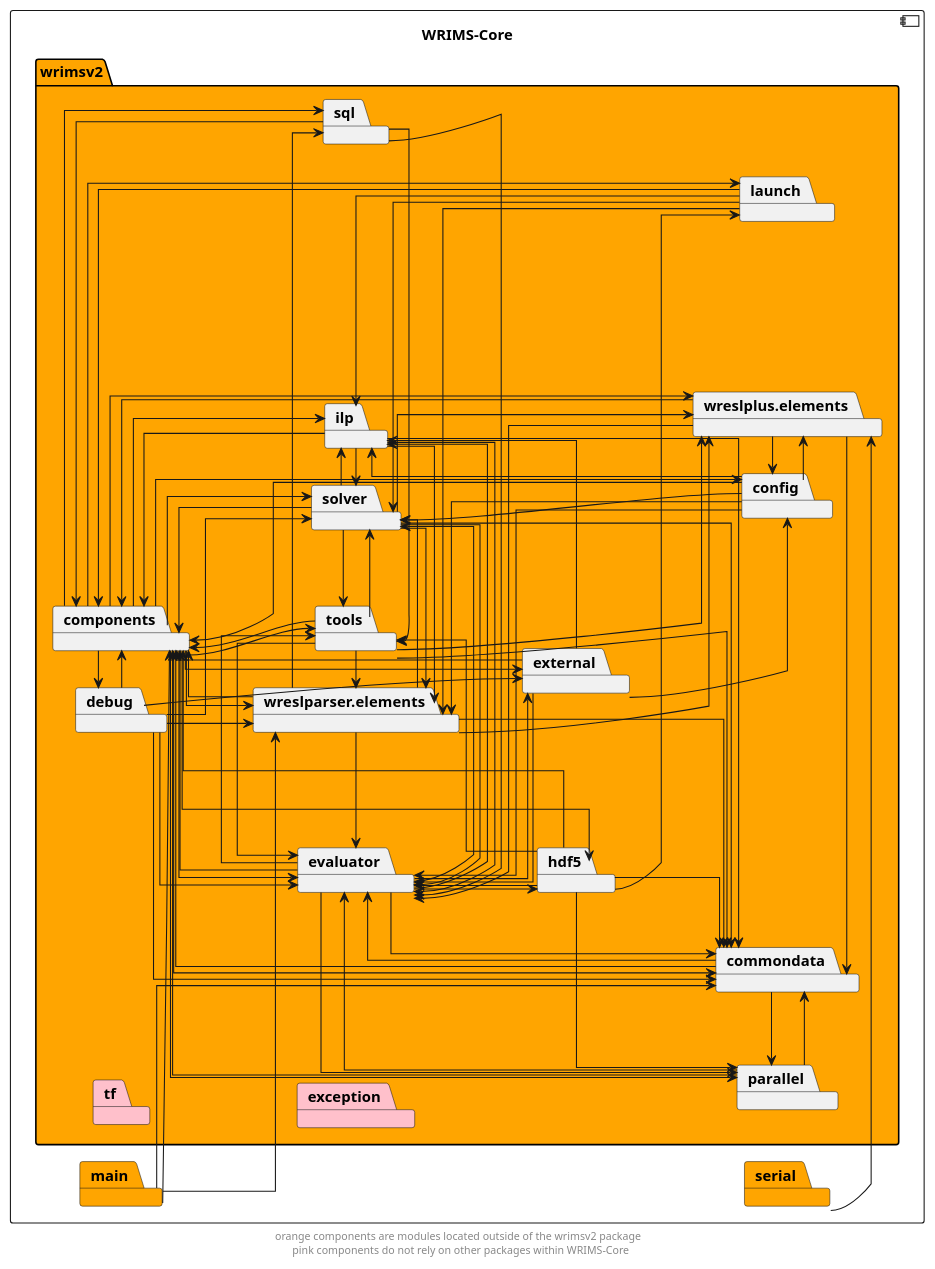
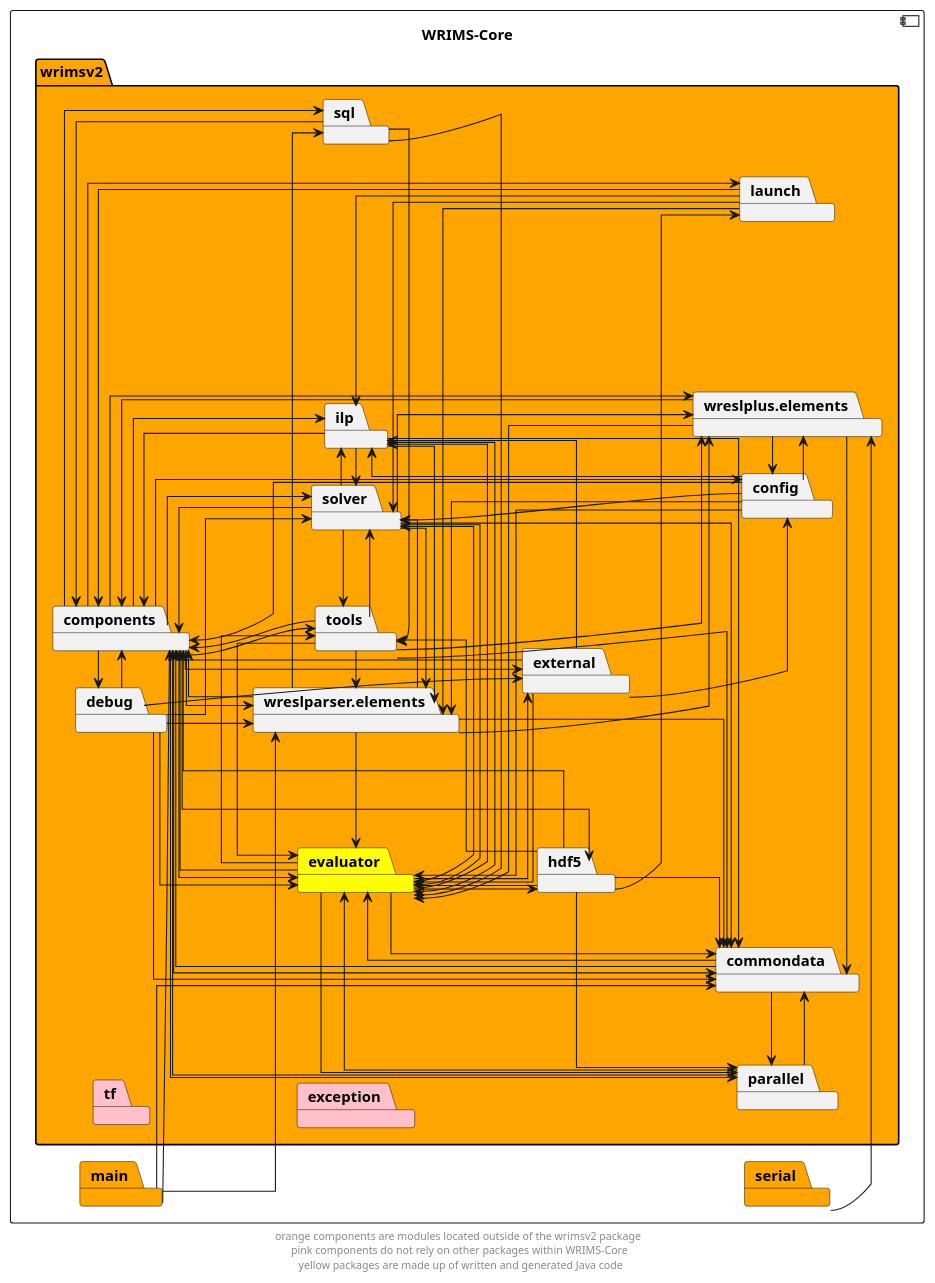
The diagram in docs/diagrams/wrims-core/wrims-core-interdeps-simplified.puml (CentralValleyModeling/wrims), drawn with PlantUML before and after one commit. The commit also changed 35 other files, not shown here.

Commit message:
Added note about generated code for evaluator package

```diff
--- a/docs/diagrams/wrims-core/wrims-core-interdeps-simplified.puml
+++ b/docs/diagrams/wrims-core/wrims-core-interdeps-simplified.puml
@@ -1,142 +1,142 @@
 @startuml
 left to right direction
 skinparam linetype ortho
 
 component wrims_core as "WRIMS-Core" {
     package main #orange
     package serial #orange
     package wrimsv2 #orange {
         package commondata
         package components
         package config
         package debug
-        package evaluator
+        package evaluator #yellow
         package exception #pink
         package external
         package hdf5
         package ilp
         package launch
         package parallel
         package solver
         package sql
         package tf #pink
         package tools
         package wreslparser.elements
         package wreslplus.elements
     }
 }
 
 
 main -> components
 main -> wreslparser.elements
 main --> commondata
 
 serial -> wreslplus.elements
 
 commondata -> evaluator
 commondata -> components
 commondata -> parallel
 
 components -> commondata
 components --> evaluator
 components -> external
 components -> solver
 components -> ilp
 components -> wreslparser.elements
 components -> wreslplus.elements
 components -> config
 components -> hdf5
 components -> launch
 components -> sql
 components -> tools
 components -> debug
 components -> parallel
 
 config -> components
 config --> evaluator
 config --> ilp
 config -> solver
 config -> wreslplus.elements
 config -> wreslparser.elements
 
 debug -> components
 debug --> wreslparser.elements
 debug -> solver
 debug -> commondata
 debug -> evaluator
 debug -> external
 
 evaluator -> commondata
 evaluator -> components
 evaluator --> parallel
 evaluator -> tools
 evaluator -> hdf5
 evaluator -> solver
 evaluator --> external
 evaluator -> ilp
 
 external -> components
 external -> evaluator
 external -> ilp
 external --> config
 
 hdf5 -> components
 hdf5 --> evaluator
 hdf5 --> launch
 hdf5 -> commondata
 hdf5 -> parallel
 hdf5 -> tools
 
 ilp -> commondata
 ilp -> components
 ilp -> evaluator
 ilp -> solver
 ilp -> wreslparser.elements
 
 launch -> ilp
 launch -> components
 launch -> wreslparser.elements
 launch -> solver
 
 parallel -> components
 parallel -> commondata
 parallel -> evaluator
 
 solver -> commondata
 solver -> components
 solver -> evaluator
 solver -> wreslparser.elements
 solver -> ilp
 solver -> tools
 solver -> wreslplus.elements
 
 sql -> components
 sql -> tools
 sql -> evaluator
 
 tools -> solver
 tools -> wreslplus.elements
 tools -> commondata
 tools -> components
 tools -> evaluator
 tools -> wreslparser.elements
 
 wreslparser.elements -> commondata
 wreslparser.elements -> components
 wreslparser.elements -> wreslplus.elements
 wreslparser.elements -> evaluator
 wreslparser.elements -> solver
 wreslparser.elements -> sql
 
 wreslplus.elements -> components
 wreslplus.elements -> commondata
 wreslplus.elements -> config
 wreslplus.elements -> evaluator
 
 ' The following relationships are hidden and used to format the diagram. They do not represent actual dependencies.
 solver -d[hidden]-> commondata
 tf -d[hidden]-> exception
 
-footer "orange components are modules located outside of the wrimsv2 package \n pink components do not rely on other packages within WRIMS-Core"
+footer "orange components are modules located outside of the wrimsv2 package \n pink components do not rely on other packages within WRIMS-Core \n yellow packages are made up of written and generated Java code"
 
 @enduml
```
